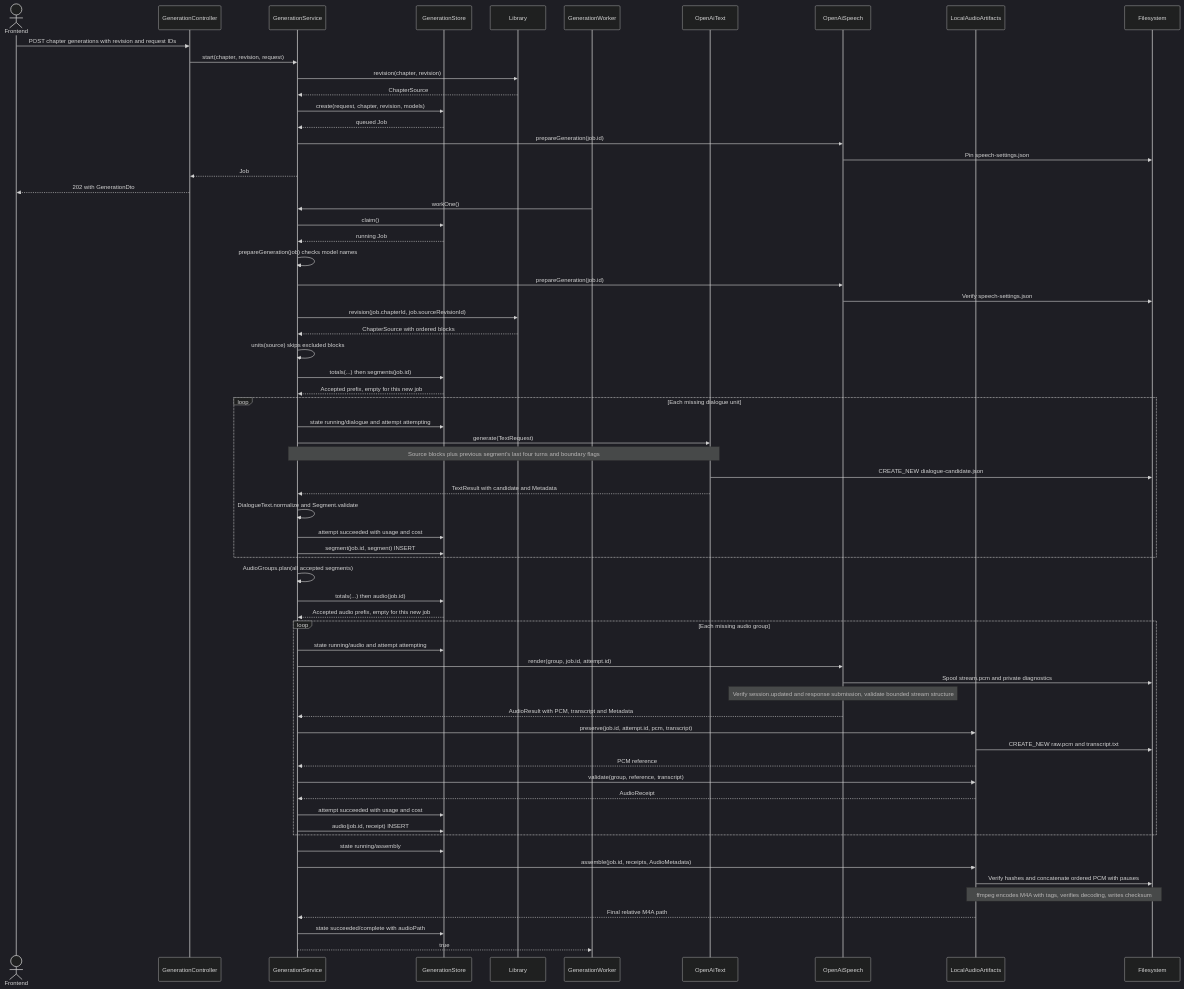
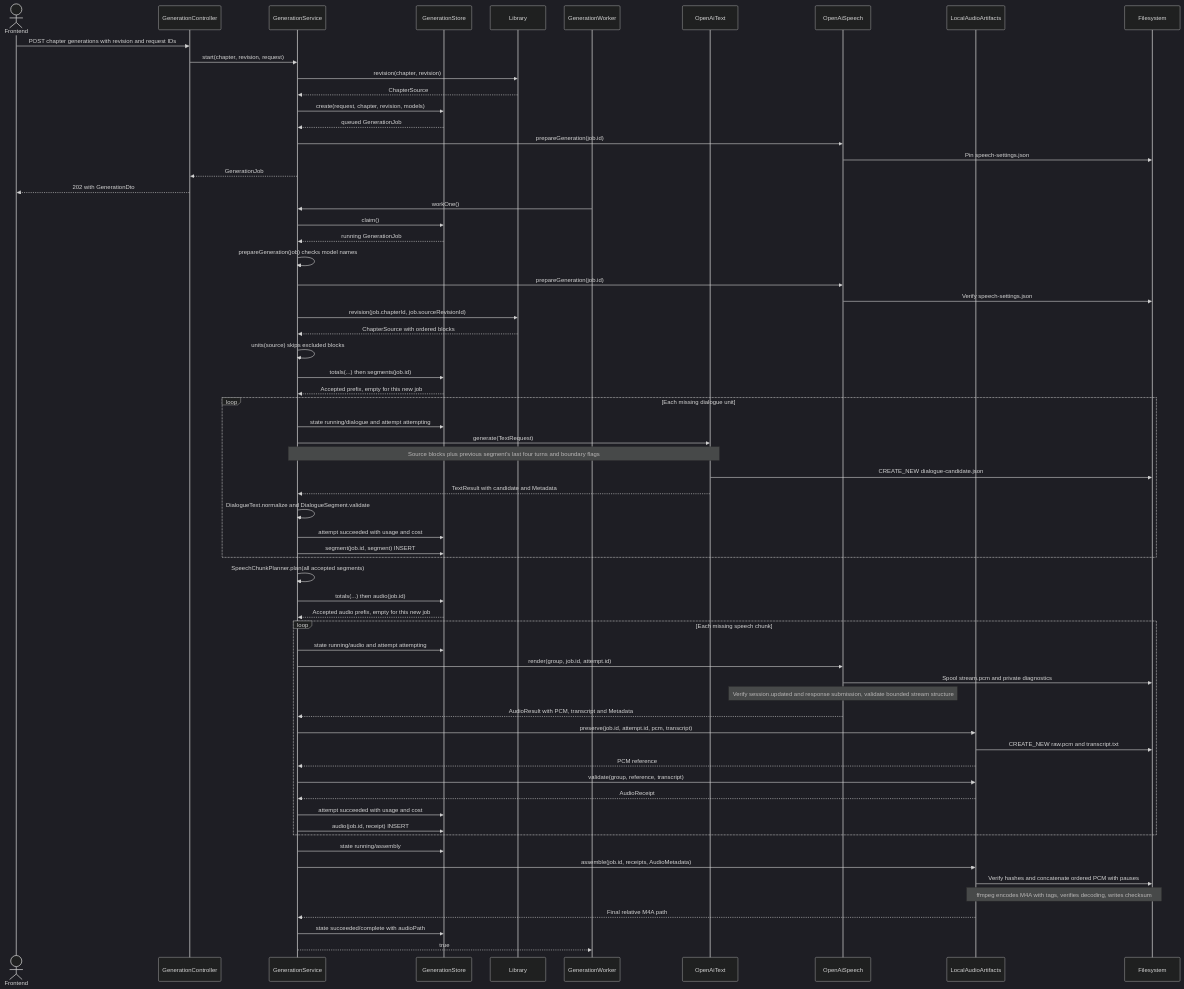
One commit to nenonja/bookcast changed the second of 3 diagrams in docs/GENERATION_FLOW.md. Above: the diagram before and after it, drawn with Mermaid (dark theme). The commit also changed other lines of this file and 36 other files, not shown here.

````diff
--- a/docs/GENERATION_FLOW.md
+++ b/docs/GENERATION_FLOW.md
@@ -52,70 +65,70 @@
 ```mermaid
 sequenceDiagram
     actor UI as Frontend
     participant HTTP as GenerationController
     participant Service as GenerationService
     participant Store as GenerationStore
     participant Library as Library
     participant Worker as GenerationWorker
     participant Text as OpenAiText
     participant Speech as OpenAiSpeech
     participant Audio as LocalAudioArtifacts
     participant Files as Filesystem
 
     UI->>HTTP: POST chapter generations with revision and request IDs
     HTTP->>Service: start(chapter, revision, request)
     Service->>Library: revision(chapter, revision)
     Library-->>Service: ChapterSource
     Service->>Store: create(request, chapter, revision, models)
-    Store-->>Service: queued Job
+    Store-->>Service: queued GenerationJob
     Service->>Speech: prepareGeneration(job.id)
     Speech->>Files: Pin speech-settings.json
-    Service-->>HTTP: Job
+    Service-->>HTTP: GenerationJob
     HTTP-->>UI: 202 with GenerationDto
 
     Worker->>Service: workOne()
     Service->>Store: claim()
-    Store-->>Service: running Job
+    Store-->>Service: running GenerationJob
     Service->>Service: prepareGeneration(job) checks model names
     Service->>Speech: prepareGeneration(job.id)
     Speech->>Files: Verify speech-settings.json
     Service->>Library: revision(job.chapterId, job.sourceRevisionId)
     Library-->>Service: ChapterSource with ordered blocks
     Service->>Service: units(source) skips excluded blocks
     Service->>Store: totals(...) then segments(job.id)
     Store-->>Service: Accepted prefix, empty for this new job
     loop Each missing dialogue unit
         Service->>Store: state running/dialogue and attempt attempting
         Service->>Text: generate(TextRequest)
         Note over Service,Text: Source blocks plus previous segment's last four turns and boundary flags
         Text->>Files: CREATE_NEW dialogue-candidate.json
         Text-->>Service: TextResult with candidate and Metadata
-        Service->>Service: DialogueText.normalize and Segment.validate
+        Service->>Service: DialogueText.normalize and DialogueSegment.validate
         Service->>Store: attempt succeeded with usage and cost
         Service->>Store: segment(job.id, segment) INSERT
     end
-    Service->>Service: AudioGroups.plan(all accepted segments)
+    Service->>Service: SpeechChunkPlanner.plan(all accepted segments)
     Service->>Store: totals(...) then audio(job.id)
     Store-->>Service: Accepted audio prefix, empty for this new job
-    loop Each missing audio group
+    loop Each missing speech chunk
         Service->>Store: state running/audio and attempt attempting
         Service->>Speech: render(group, job.id, attempt.id)
         Speech->>Files: Spool stream.pcm and private diagnostics
         Note over Speech: Verify session.updated and response submission, validate bounded stream structure
         Speech-->>Service: AudioResult with PCM, transcript and Metadata
         Service->>Audio: preserve(job.id, attempt.id, pcm, transcript)
         Audio->>Files: CREATE_NEW raw.pcm and transcript.txt
         Audio-->>Service: PCM reference
         Service->>Audio: validate(group, reference, transcript)
         Audio-->>Service: AudioReceipt
         Service->>Store: attempt succeeded with usage and cost
         Service->>Store: audio(job.id, receipt) INSERT
     end
     Service->>Store: state running/assembly
     Service->>Audio: assemble(job.id, receipts, AudioMetadata)
     Audio->>Files: Verify hashes and concatenate ordered PCM with pauses
     Note over Audio,Files: ffmpeg encodes M4A with tags, verifies decoding, writes checksum
     Audio-->>Service: Final relative M4A path
     Service->>Store: state succeeded/complete with audioPath
     Service-->>Worker: true
 ```
````
